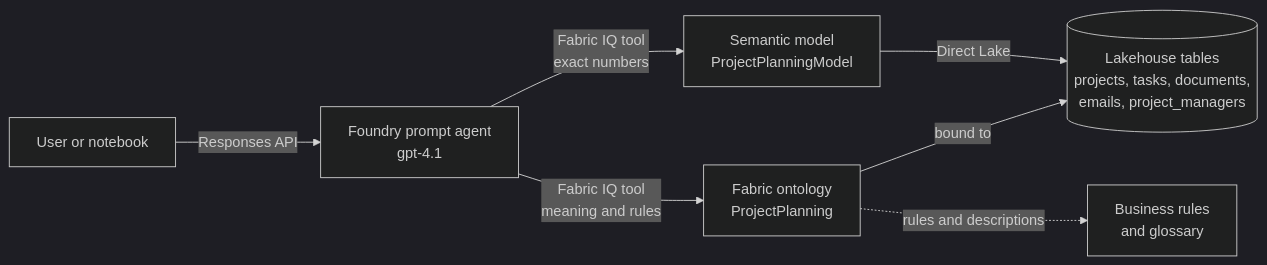
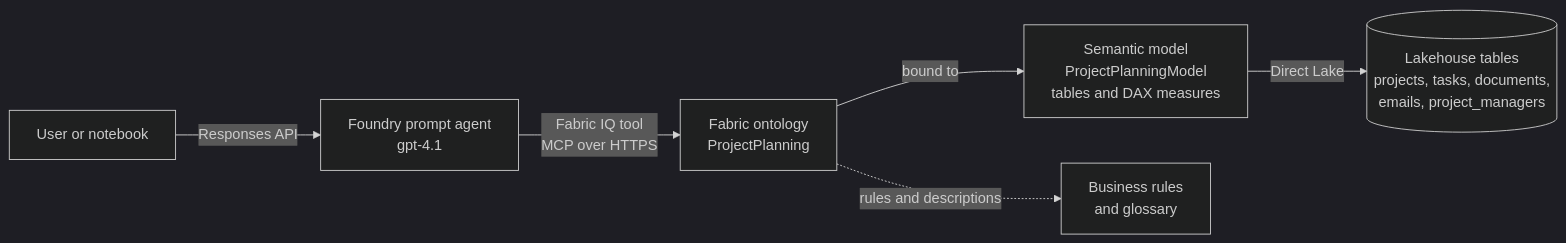
One commit to cpinotossi/cptdazagentprojectmanagment changed the first of 3 diagrams in docs/how-it-works.md. Above: the diagram before and after it, drawn with Mermaid (dark theme). The commit also changed other lines of this file and 20 other files, not shown here.

First line of the commit message:
feat(scripts): bind the ontology to a semantic model for exact numbers

````diff
--- a/docs/how-it-works.md
+++ b/docs/how-it-works.md
@@ -20,9 +20,8 @@
 ```mermaid
 flowchart LR
     U[User or notebook] -->|Responses API| A[Foundry prompt agent<br/>gpt-4.1]
-    A -->|Fabric IQ tool<br/>meaning and rules| O[Fabric ontology<br/>ProjectPlanning]
-    A -->|Fabric IQ tool<br/>exact numbers| S[Semantic model<br/>ProjectPlanningModel]
-    O -->|bound to| T[(Lakehouse tables<br/>projects, tasks, documents,<br/>emails, project_managers)]
-    S -->|Direct Lake| T
+    A -->|Fabric IQ tool<br/>MCP over HTTPS| O[Fabric ontology<br/>ProjectPlanning]
+    O -->|bound to| S[Semantic model<br/>ProjectPlanningModel<br/>tables and DAX measures]
+    S -->|Direct Lake| T[(Lakehouse tables<br/>projects, tasks, documents,<br/>emails, project_managers)]
     O -.->|rules and descriptions| R[Business rules<br/>and glossary]
 ```
````
